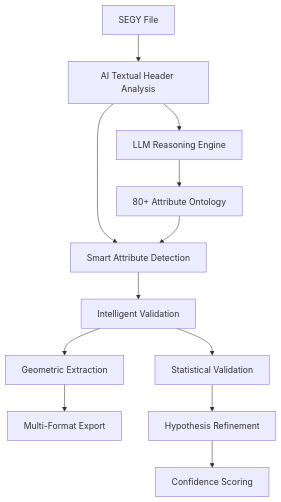
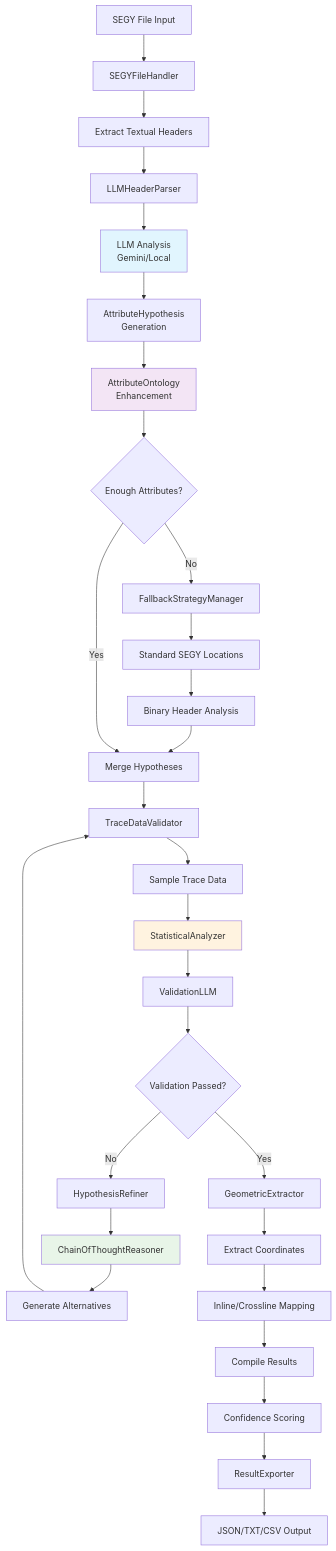
The diagram in README.md (owenloh/Agentic-AI-SEGY-Metadata-Parser), drawn with Mermaid before and after one commit. The commit also changed other lines of this file and 4 other files, not shown here.

````diff
--- a/README.md
+++ b/README.md
@@ -31,16 +21,44 @@
 ```mermaid
 graph TD
-    A[SEGY File] --> B[AI Textual Header Analysis]
-    B --> C[Smart Attribute Detection]
-    C --> D[Intelligent Validation]
-    D --> E[Geometric Extraction]
-    E --> F[Multi-Format Export]
+    A[SEGY File Input] --> B[SEGYFileHandler]
+    B --> C[Extract Textual Headers]
+    C --> D[LLMHeaderParser]
     
-    B --> G[LLM Reasoning Engine]
-    G --> H[80+ Attribute Ontology]
-    H --> C
+    D --> E[LLM Analysis<br/>Gemini/Local]
+    E --> F[AttributeHypothesis<br/>Generation]
     
-    D --> I[Statistical Validation]
-    I --> J[Hypothesis Refinement]
-    J --> K[Confidence Scoring]
+    F --> G[AttributeOntology<br/>Enhancement]
+    G --> H{Enough Attributes?}
+    
+    H -->|No| I[FallbackStrategyManager]
+    I --> J[Standard SEGY Locations]
+    J --> K[Binary Header Analysis]
+    K --> L[Merge Hypotheses]
+    
+    H -->|Yes| L[Merge Hypotheses]
+    L --> M[TraceDataValidator]
+    
+    M --> N[Sample Trace Data]
+    N --> O[StatisticalAnalyzer]
+    O --> P[ValidationLLM]
+    P --> Q{Validation Passed?}
+    
+    Q -->|No| R[HypothesisRefiner]
+    R --> S[ChainOfThoughtReasoner]
+    S --> T[Generate Alternatives]
+    T --> M
+    
+    Q -->|Yes| U[GeometricExtractor]
+    U --> V[Extract Coordinates]
+    V --> W[Inline/Crossline Mapping]
+    
+    W --> X[Compile Results]
+    X --> Y[Confidence Scoring]
+    Y --> Z[ResultExporter]
+    Z --> AA[JSON/TXT/CSV Output]
+    
+    style E fill:#e1f5fe
+    style G fill:#f3e5f5
+    style O fill:#fff3e0
+    style S fill:#e8f5e8
 ```
````
